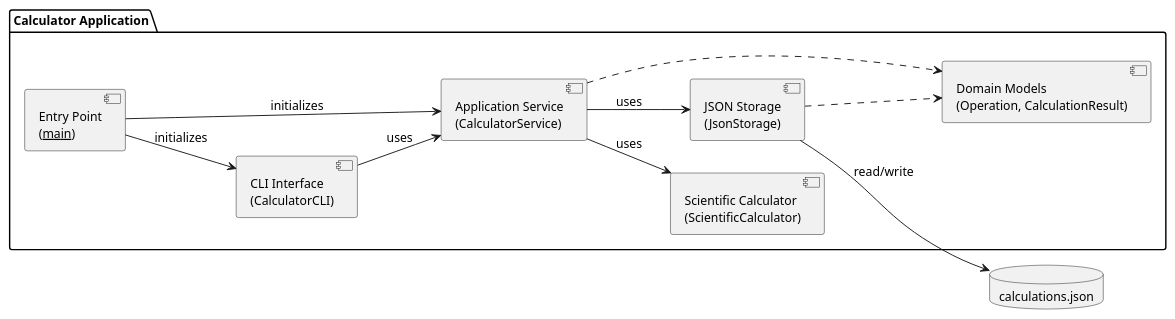
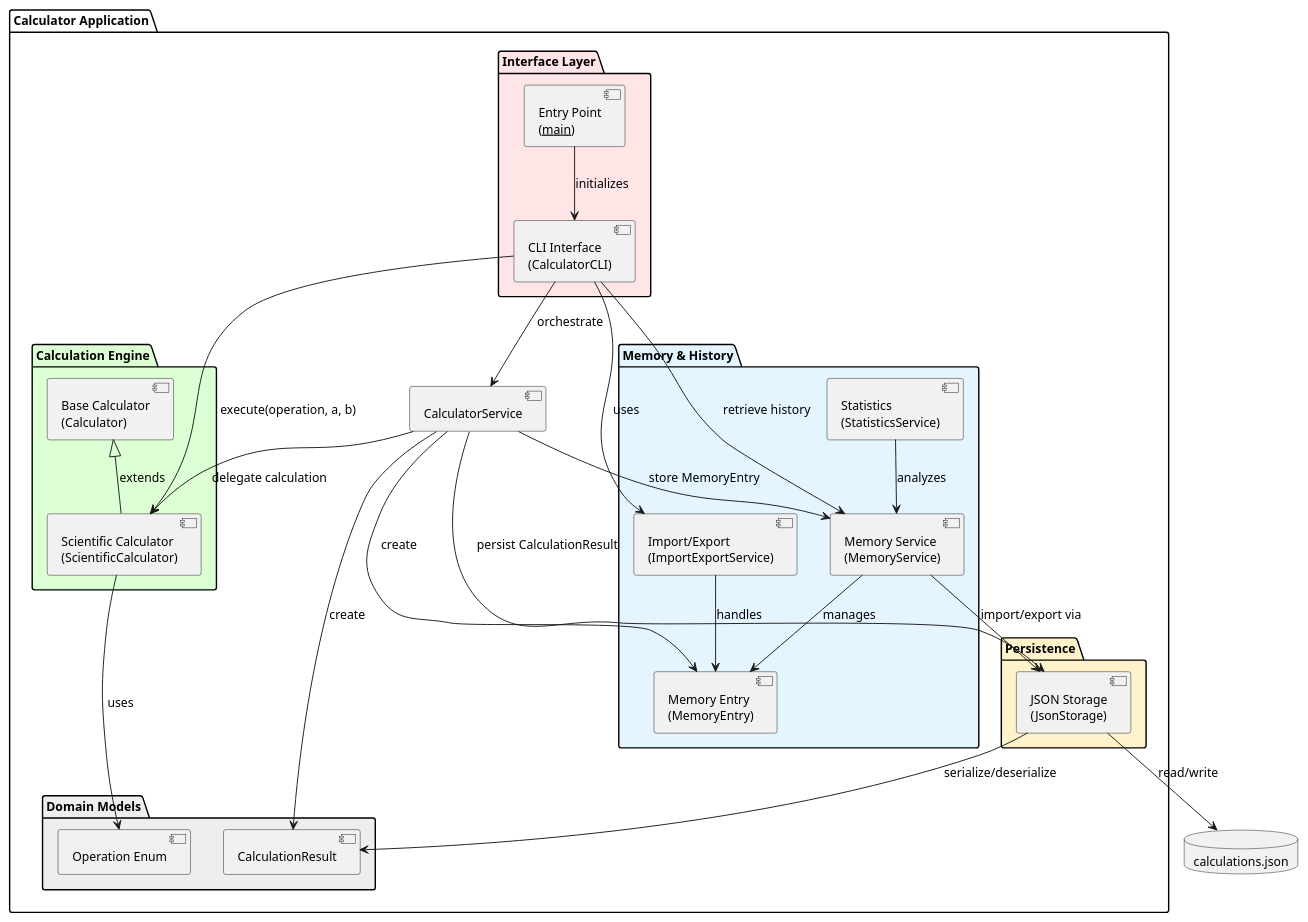
Before and after one commit to DanielRiha8906/Software_autoevolution_using_agents: the diagram in experiments/supervisor_as_tools/test_driven/calculator/artifacts/component_diagram.puml, drawn with PlantUML. The commit also changed 4 other files, not shown here.

First line of the commit message:
Refactor calculator into clearly separated components: calculation engine, memory management, and interface layer

```diff
--- a/experiments/supervisor_as_tools/test_driven/calculator/artifacts/component_diagram.puml
+++ b/experiments/supervisor_as_tools/test_driven/calculator/artifacts/component_diagram.puml
@@ -1,31 +1,61 @@
 @startuml component_diagram
 
 skinparam componentStyle uml2
 skinparam defaultFontSize 13
-left to right direction
+top to bottom direction
 
 package "Calculator Application" {
 
-    component "Entry Point\n(__main__)" as Main
-    component "CLI Interface\n(CalculatorCLI)" as CLI
-    component "Application Service\n(CalculatorService)" as Service
-    component "Scientific Calculator\n(ScientificCalculator)" as Calc
-    component "JSON Storage\n(JsonStorage)" as Store
-    component "Domain Models\n(Operation, CalculationResult)" as Models
+    package "Interface Layer" #FFE5E5 {
+        component "CLI Interface\n(CalculatorCLI)" as CLI
+        component "Entry Point\n(__main__)" as Main
+        Main --> CLI : initializes
+    }
 
-    Main --> CLI : initializes
-    Main --> Service : initializes
+    package "Calculation Engine" #DDFFD4 {
+        component "Scientific Calculator\n(ScientificCalculator)" as Calc
+        component "Base Calculator\n(Calculator)" as BasCalc
+        BasCalc <|-- Calc : extends
+    }
 
-    CLI --> Service : uses
-    Service --> Calc : uses
-    Service --> Store : uses
+    package "Memory & History" #E5F5FF {
+        component "Memory Service\n(MemoryService)" as Memory
+        component "Memory Entry\n(MemoryEntry)" as MemEntry
+        component "Import/Export\n(ImportExportService)" as ImportExport
+        component "Statistics\n(StatisticsService)" as Stats
+        Memory --> MemEntry : manages
+        ImportExport --> MemEntry : handles
+        Stats --> Memory : analyzes
+    }
 
-    Service ..> Models
-    Store ..> Models
+    package "Persistence" #FFF3CC {
+        component "JSON Storage\n(JsonStorage)" as Store
+    }
+
+    package "Domain Models" #EEEEEE {
+        component "Operation Enum" as Op
+        component "CalculationResult" as CalcResult
+    }
+
+    CLI --> Calc : execute(operation, a, b)
+    Calc --> Op : uses
+    CLI --> Memory : retrieve history
+    CLI --> ImportExport : uses
+
+    component "CalculatorService" as Service
+    Service --> Calc : delegate calculation
+    Service --> Memory : store MemoryEntry
+    Service --> Store : persist CalculationResult
+    Service --> CalcResult : create
+    Service --> MemEntry : create
+
+    CLI --> Service : orchestrate
+    Store --> CalcResult : serialize/deserialize
+    Memory --> Store : import/export via
 }
 
 database "calculations.json" as DB
 
 Store --> DB : read/write
 
 @enduml
```
